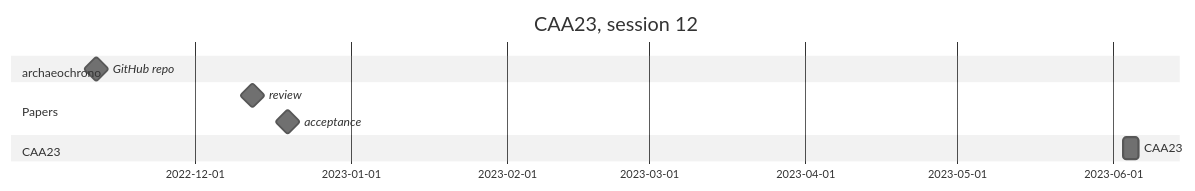
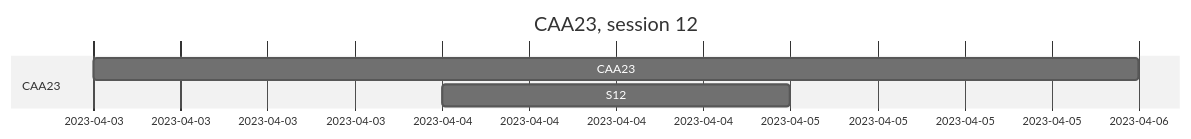
The diagram in README.md (archaeochrono/caa23), drawn with Mermaid (neutral theme) before and after one commit. The commit also changed other lines of this file, not shown here.

Commit message:
timeline

````diff
--- a/README.md
+++ b/README.md
@@ -4,12 +8,8 @@
 ```mermaid
 gantt
     title CAA23, session 12
     dateFormat  YYYY-MM-DD
-    section archaeochrono
-    GitHub repo              : milestone, m0, 2022-11-11, 1d
-    section Papers
-    review                   : milestone, m1, 2022-12-12, 1d
-    acceptance               : milestone, m2, 2022-12-19, 1d
     section CAA23
-    CAA23                    : a0, 2023-06-03, 3d
+    CAA23                    : a0, 2023-04-03, 2023-04-06
+    S12                      : a0, 2023-04-04, 1d
 ```
````
